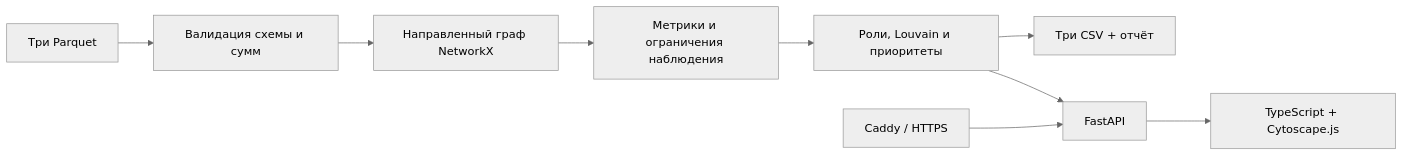
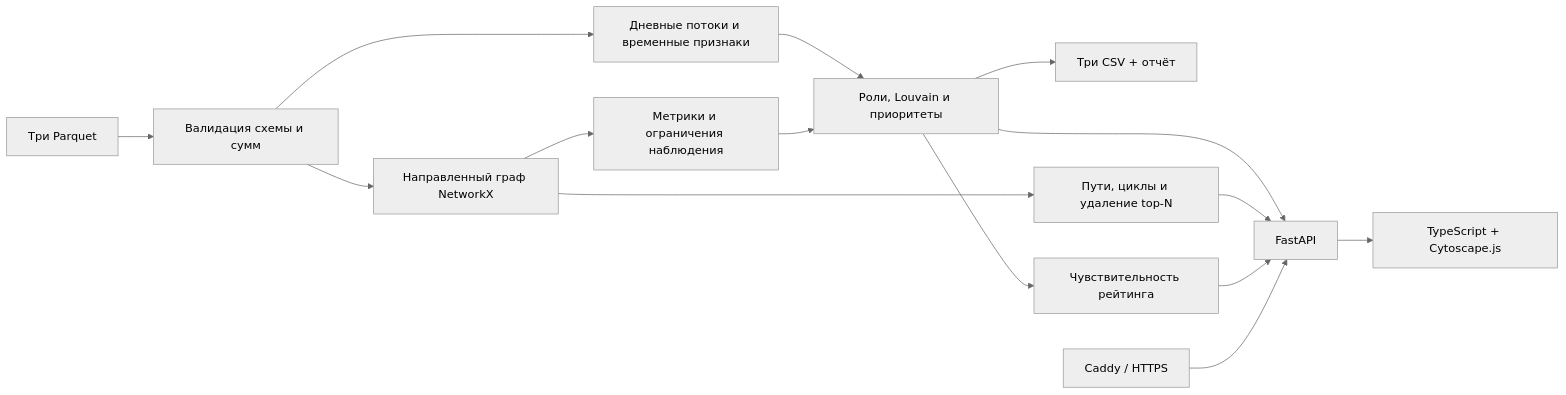
One commit to BAITC-Hacks/hack-5a6e2058-embeddedai changed the diagram in README.md. Above: the diagram before and after it, drawn with Mermaid (neutral theme). The commit also changed other lines of this file and 18 other files, not shown here.

Commit message:
feat: verify and document evidence-driven graph investigation

````diff
--- a/README.md
+++ b/README.md
@@ -107,11 +126,17 @@
 ```mermaid
 flowchart LR
     P[Три Parquet] --> V[Валидация схемы и сумм]
     V --> G[Направленный граф NetworkX]
+    V --> T[Дневные потоки и временные признаки]
     G --> M[Метрики и ограничения наблюдения]
+    T --> R
     M --> R[Роли, Louvain и приоритеты]
     R --> C[Три CSV + отчёт]
+    R --> S[Чувствительность рейтинга]
+    G --> E[Пути, циклы и удаление top-N]
     R --> A[FastAPI]
+    E --> A
+    S --> A
     A --> U[TypeScript + Cytoscape.js]
     X[Caddy / HTTPS] --> A
 ```
````
